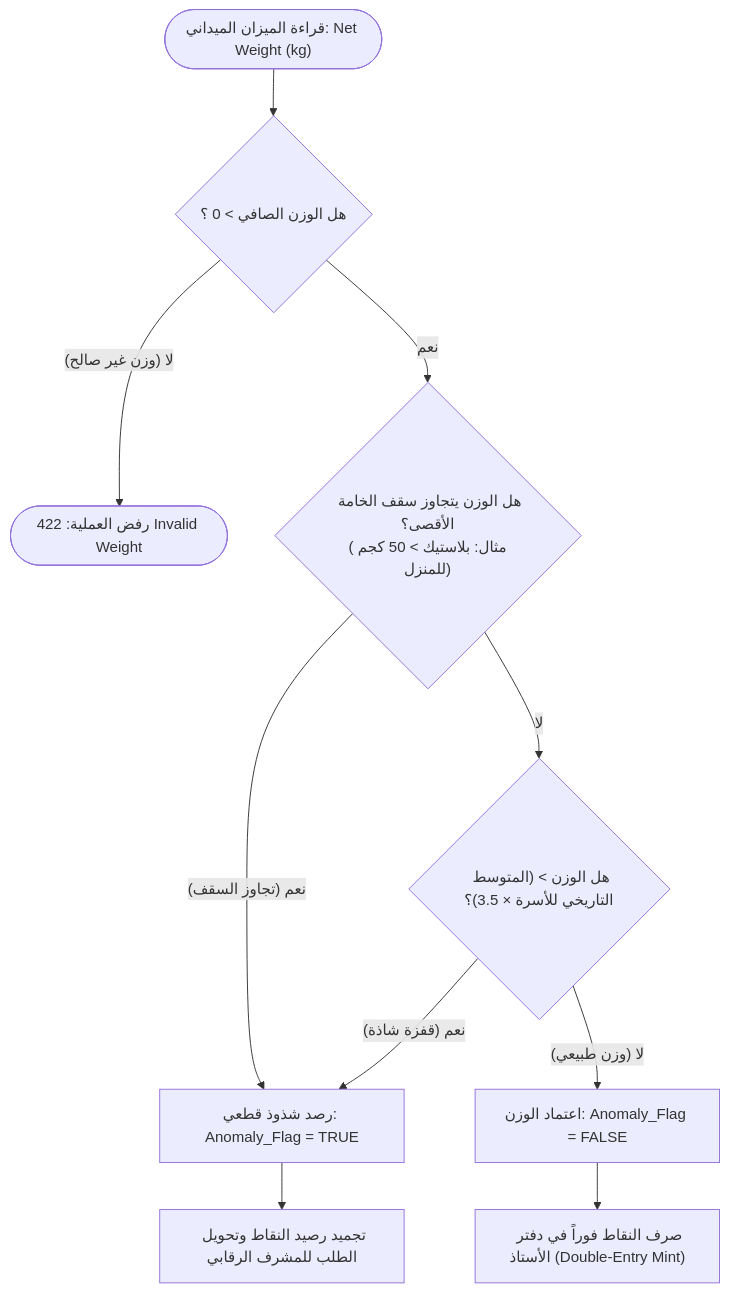
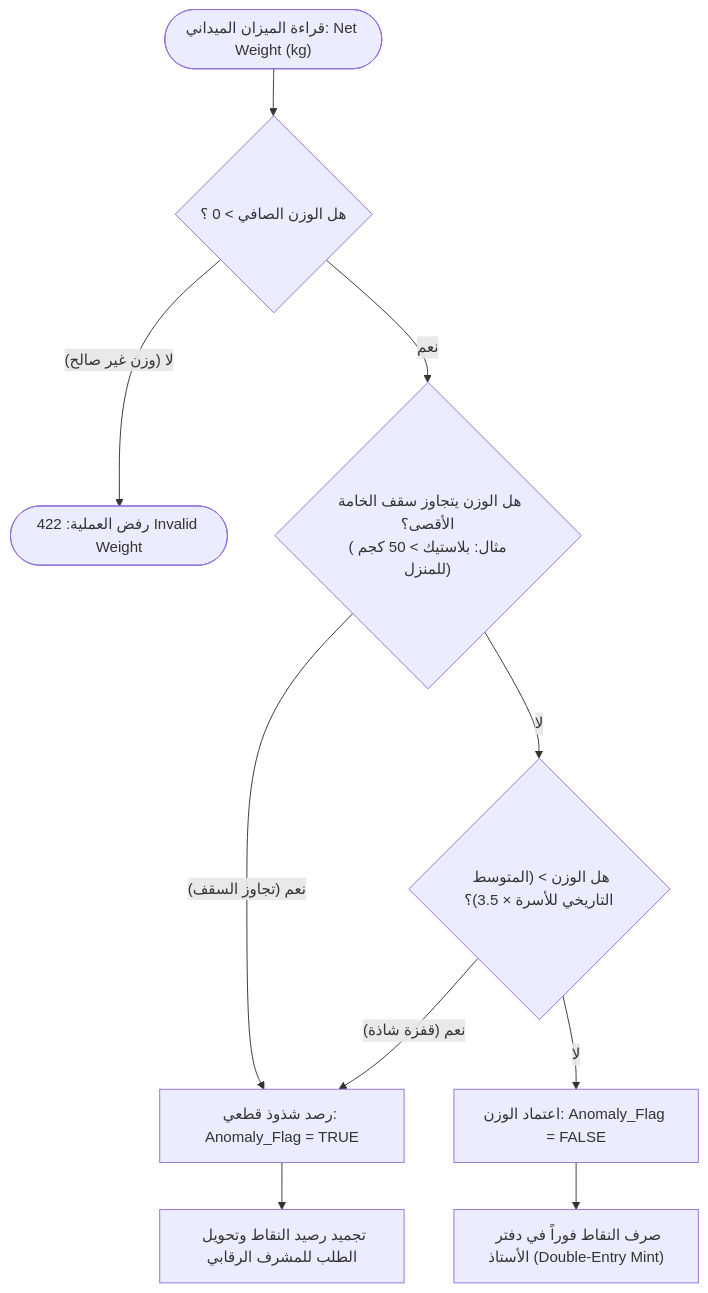
Before and after one commit to A-S-Y/Athar: the fifth of 5 diagrams in README.md, drawn with Mermaid. The commit also changed other lines of this file and 27 other files, not shown here.

````diff
--- a/README.md
+++ b/README.md
@@ -296,16 +317,16 @@
 ```mermaid
 flowchart TD
     WeightInput(["قراءة الميزان الميداني: Net Weight (kg)"]) --> CheckZero{"هل الوزن الصافي > 0 ؟"}
     
     CheckZero -- "لا (وزن غير صالح)" --> RejectZero(["رفض العملية: 422 Invalid Weight"])
     CheckZero -- "نعم" --> CheckAbsolute{"هل الوزن يتجاوز سقف الخامة الأقصى؟<br/>(مثال: بلاستيك > 50 كجم للمنزل)"}
     
     CheckAbsolute -- "نعم (تجاوز السقف)" --> FlagAnomaly["رصد شذوذ قطعي: Anomaly_Flag = TRUE"]
     CheckAbsolute -- "لا" --> CheckHouseholdBaseline{"هل الوزن > (المتوسط التاريخي للأسرة × 3.5)؟"}
     
     CheckHouseholdBaseline -- "نعم (قفزة شاذة)" --> FlagAnomaly
-    CheckHouseholdBaseline -- "لا (وزن طبيعي)" --> Approve["اعتماد الوزن: Anomaly_Flag = FALSE"]
+    CheckHouseholdBaseline -- "لا" --> Approve["اعتماد الوزن: Anomaly_Flag = FALSE"]
     
     FlagAnomaly --> HoldState["تجميد رصيد النقاط وتحويل الطلب للمشرف الرقابي"]
     Approve --> MintLedger["صرف النقاط فوراً في دفتر الأستاذ (Double-Entry Mint)"]
 ```
````
